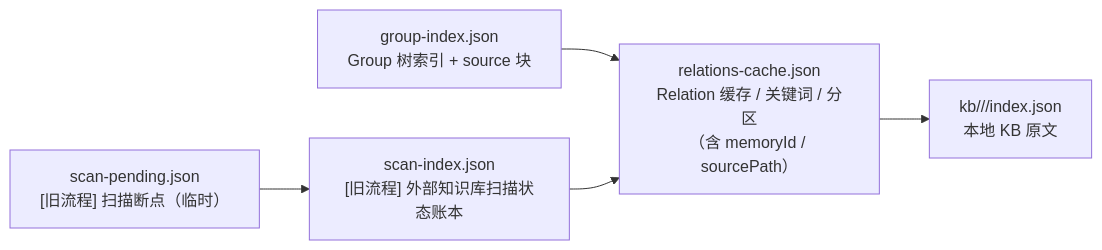
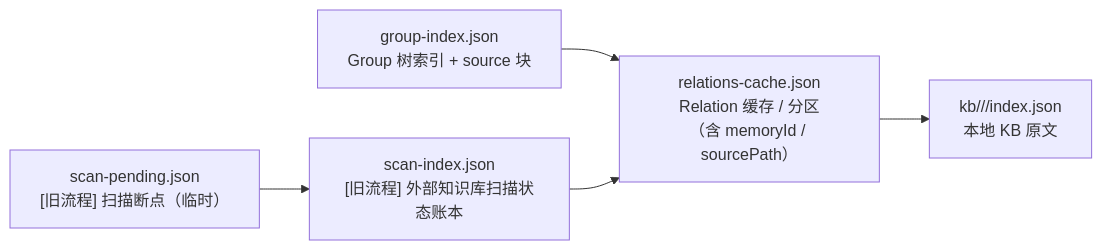
One commit to HACK-WU/kisearch changed the second of 5 diagrams in docs/architecture.md. Above: the diagram before and after it, drawn with Mermaid. The commit also changed other lines of this file and 18 other files, not shown here.

````diff
--- a/docs/architecture.md
+++ b/docs/architecture.md
@@ -38,13 +38,13 @@
 ```mermaid
 flowchart LR
     GI["group-index.json<br/>Group 树索引 + source 块"]
-    RC["relations-cache.json<br/>Relation 缓存 / 关键词 / 分区<br/>（含 memoryId / sourcePath）"]
+    RC["relations-cache.json<br/>Relation 缓存 / 分区<br/>（含 memoryId / sourcePath）"]
     KB["kb/<scope>/<group>/index.json<br/>本地 KB 原文"]
     SI["scan-index.json<br/>[旧流程] 外部知识库扫描状态账本"]
     SP["scan-pending.json<br/>[旧流程] 扫描断点（临时）"]
 
     GI --> RC
     RC --> KB
     SI --> RC
     SP --> SI
 ```
````
